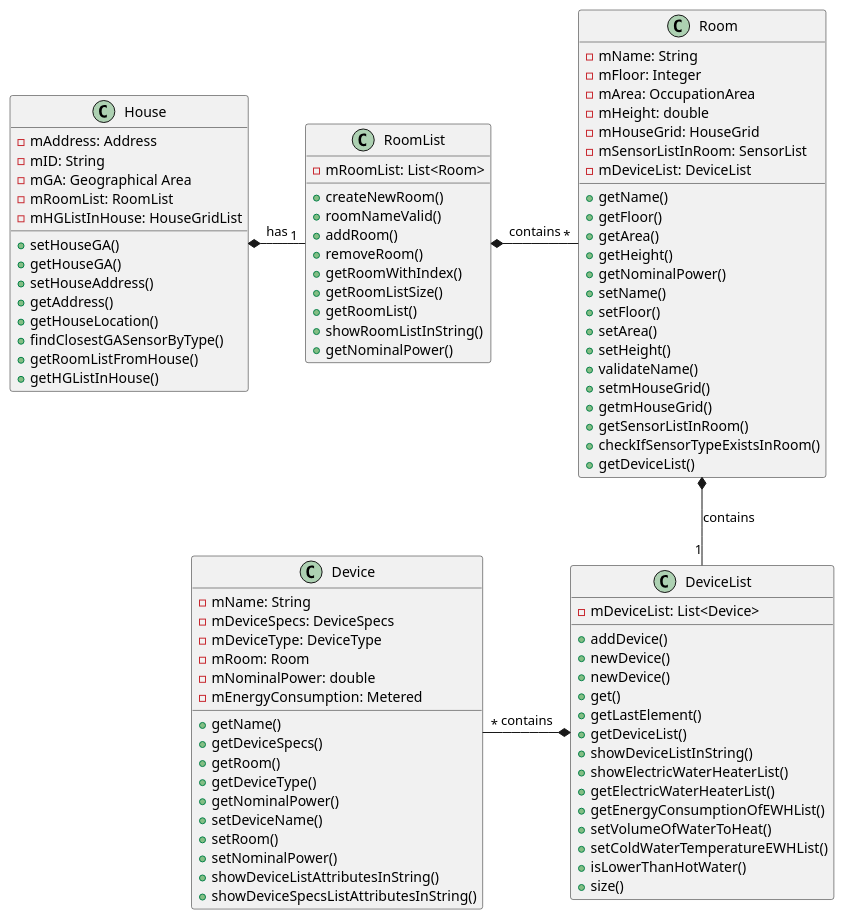
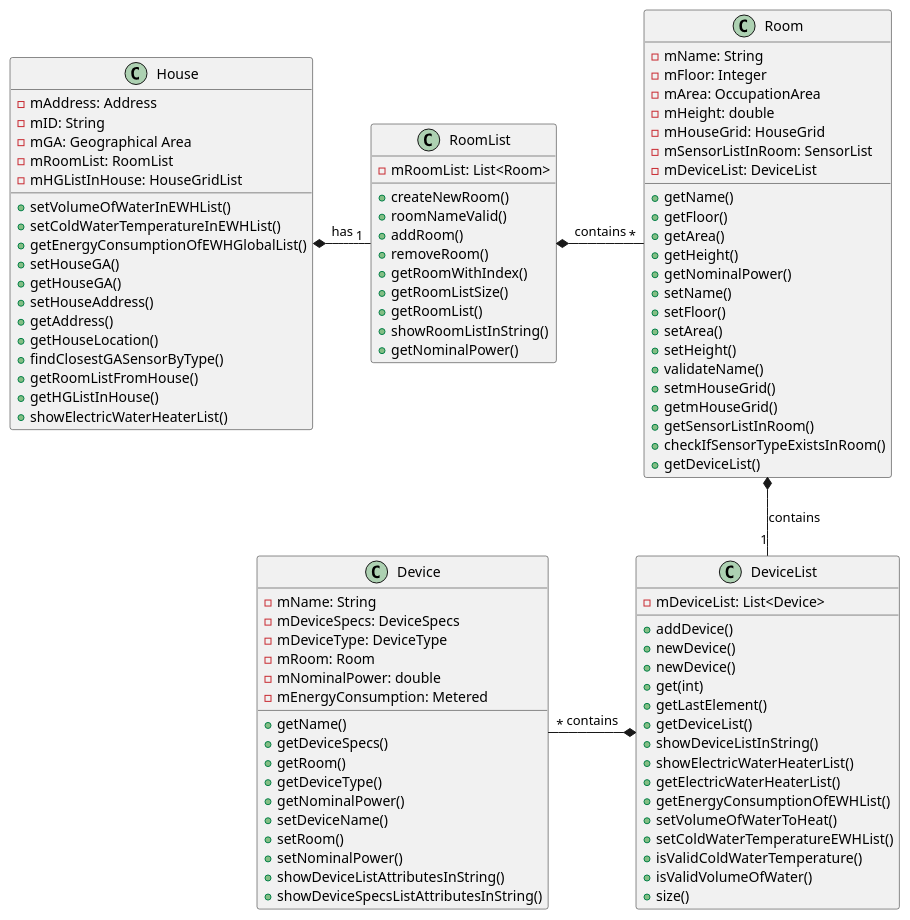
One commit to emanuel-pereira/hou changed the diagram in src/main/java/smarthome/uml/classdiagrams/EnergyConsumptionOfWaterHeatingClassDiagram.puml. Above: the diagram before and after it, drawn with PlantUML. The commit also changed 7 other files, not shown here.

Commit message:
Correction of diagrams: Domain Model, EditDevice Sequence Diagram and Class Diagram, EnergyConsumptionOfWaterHeating Sequence Diagram

```diff
--- a/src/main/java/smarthome/uml/classdiagrams/EnergyConsumptionOfWaterHeatingClassDiagram.puml
+++ b/src/main/java/smarthome/uml/classdiagrams/EnergyConsumptionOfWaterHeatingClassDiagram.puml
@@ -1,102 +1,107 @@
 @startuml
 
 class House {
 - mAddress: Address
 - mID: String
 - mGA: Geographical Area
 - mRoomList: RoomList
 - mHGListInHouse: HouseGridList
++ setVolumeOfWaterInEWHList()
++ setColdWaterTemperatureInEWHList()
++ getEnergyConsumptionOfEWHGlobalList()
 + setHouseGA()
 + getHouseGA()
 + setHouseAddress()
 + getAddress()
 + getHouseLocation()
 + findClosestGASensorByType()
 + getRoomListFromHouse()
 + getHGListInHouse()
++ showElectricWaterHeaterList()
 }
 
 class RoomList{
 - mRoomList: List<Room>
 + createNewRoom()
 + roomNameValid()
 + addRoom()
 + removeRoom()
 + getRoomWithIndex()
 + getRoomListSize()
 + getRoomList()
 + showRoomListInString()
 + getNominalPower()
 
 }
 
 
 class Room{
 - mName: String
 - mFloor: Integer
 - mArea: OccupationArea
 - mHeight: double
 - mHouseGrid: HouseGrid
 - mSensorListInRoom: SensorList
 - mDeviceList: DeviceList
 + getName()
 + getFloor()
 + getArea()
 + getHeight()
 + getNominalPower()
 + setName()
 + setFloor()
 + setArea()
 + setHeight()
 + validateName()
 + setmHouseGrid()
 + getmHouseGrid()
 + getSensorListInRoom()
 + checkIfSensorTypeExistsInRoom()
 + getDeviceList()
 }
 
 
 class DeviceList{
 - mDeviceList: List<Device>
 + addDevice()
 + newDevice()
 + newDevice()
-+ get()
++ get(int)
 + getLastElement()
 + getDeviceList()
 + showDeviceListInString()
 + showElectricWaterHeaterList()
 + getElectricWaterHeaterList()
 + getEnergyConsumptionOfEWHList()
 + setVolumeOfWaterToHeat()
 + setColdWaterTemperatureEWHList()
-+ isLowerThanHotWater()
++ isValidColdWaterTemperature()
++ isValidVolumeOfWater()
 + size()
 }
 
 class Device {
 - mName: String
 - mDeviceSpecs: DeviceSpecs
 - mDeviceType: DeviceType
 - mRoom: Room
 - mNominalPower: double
 - mEnergyConsumption: Metered
 + getName()
 + getDeviceSpecs()
 + getRoom()
 + getDeviceType()
 + getNominalPower()
 + setDeviceName()
 + setRoom()
 + setNominalPower()
 + showDeviceListAttributesInString()
 + showDeviceSpecsListAttributesInString()
 }
 
 
 House *- "1" RoomList: has
 RoomList *- "*"Room: contains
 Room *-- "1"DeviceList: contains
 Device"*" -* DeviceList : contains
 @enduml
```
